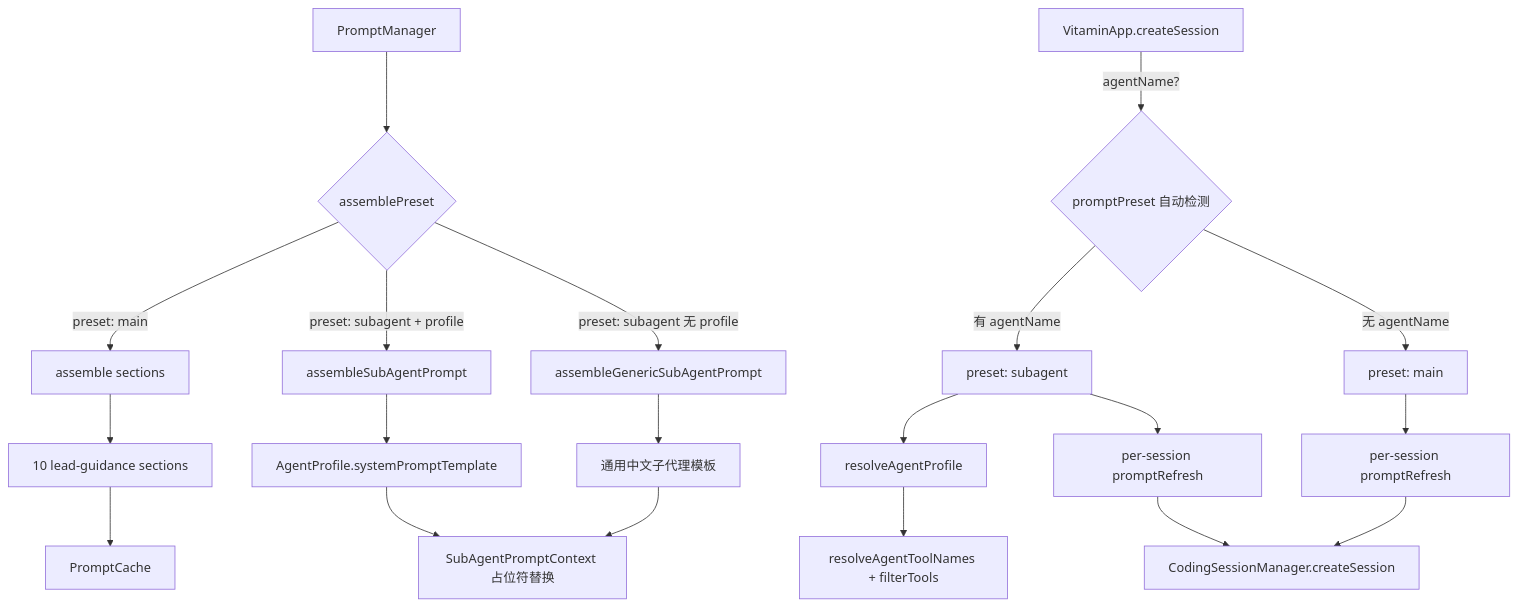
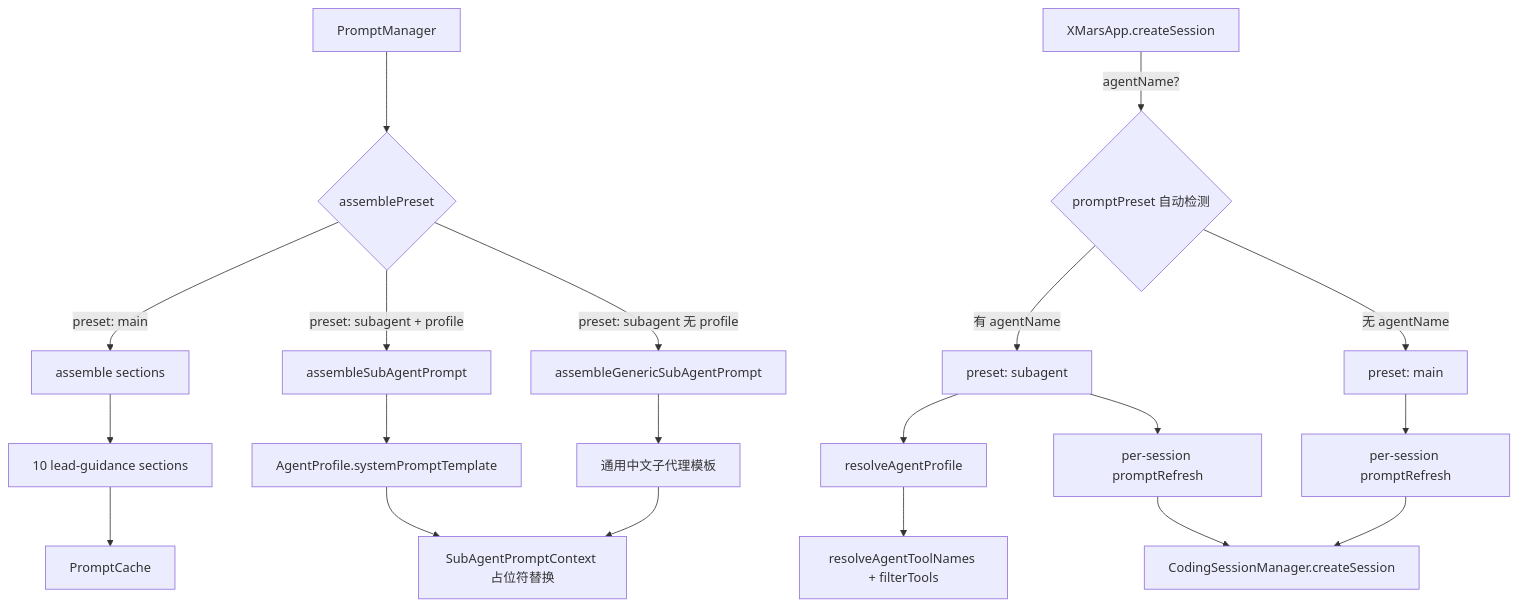
The second of 2 diagrams in packages/coding/docs/DESIGN.md (aniwei/vitamin-coding), drawn with Mermaid before and after one commit. The commit also changed other lines of this file and 414 other files, not shown here.

````diff
--- a/packages/coding/docs/DESIGN.md
+++ b/packages/coding/docs/DESIGN.md
@@ -85,26 +85,26 @@
 ```mermaid
 flowchart TD
     PM[PromptManager] --> AP{assemblePreset}
     AP -->|preset: main| ASM[assemble sections]
     AP -->|preset: subagent + profile| SAP[assembleSubAgentPrompt]
     AP -->|preset: subagent 无 profile| GAP[assembleGenericSubAgentPrompt]
 
     ASM --> SEC[10 lead-guidance sections]
     SEC --> CACHE[PromptCache]
 
     SAP --> PROF[AgentProfile.systemPromptTemplate]
     PROF --> CTX[SubAgentPromptContext 占位符替换]
 
     GAP --> GEN[通用中文子代理模板]
     GEN --> CTX
 
-    VA[VitaminApp.createSession] -->|agentName?| DETECT{promptPreset 自动检测}
+    VA[XMarsApp.createSession] -->|agentName?| DETECT{promptPreset 自动检测}
     DETECT -->|有 agentName| SUB[preset: subagent]
     DETECT -->|无 agentName| MAIN[preset: main]
     SUB --> RESOLVE[resolveAgentProfile]
     RESOLVE --> TOOLS[resolveAgentToolNames + filterTools]
     SUB --> PR1[per-session promptRefresh]
     MAIN --> PR2[per-session promptRefresh]
     PR1 --> CSM[CodingSessionManager.createSession]
     PR2 --> CSM
 ```
````
